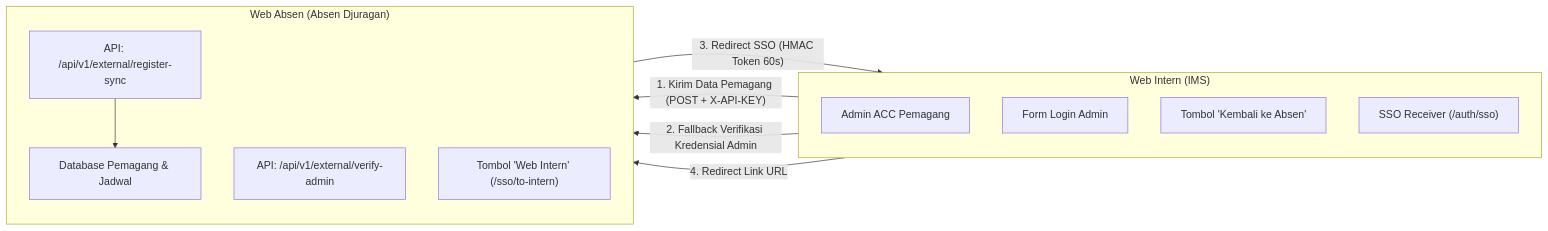
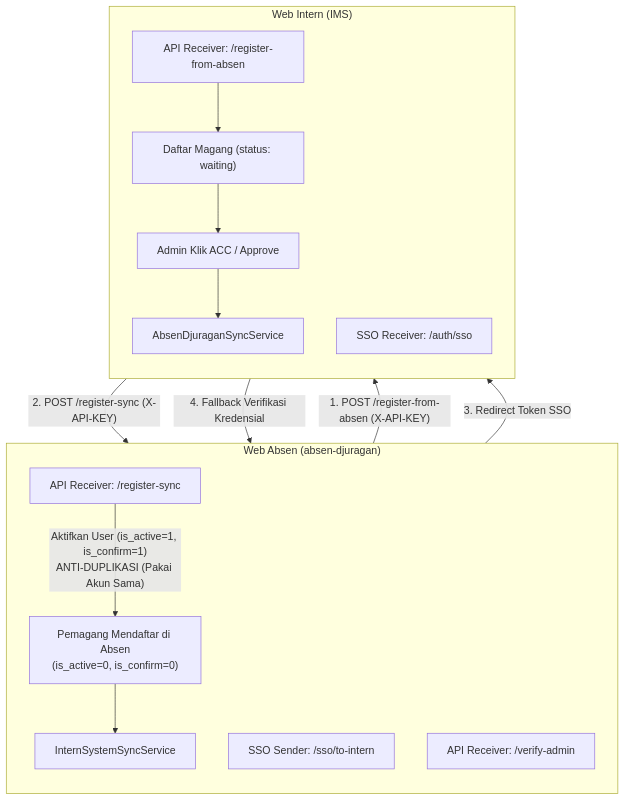
One commit to Nur-Magangjogja/Internship_Management_System_SevenInc-develop changed the diagram in API_DOCS_README.md. Above: the diagram before and after it, drawn with Mermaid. The commit also changed other lines of this file and 4 other files, not shown here.

Commit message:
Update API Cross Internhub x Absen

````diff
--- a/API_DOCS_README.md
+++ b/API_DOCS_README.md
@@ -31,24 +33,35 @@
 ```mermaid
-flowchart LR
+flowchart TD
+    subgraph Web_Absen["Web Absen (absen-djuragan)"]
+        direction TB
+        A1["Pemagang Mendaftar di Absen<br/>(is_active=0, is_confirm=0)"]
+        A2["InternSystemSyncService"]
+        A3["API Receiver: /register-sync"]
+        A4["SSO Sender: /sso/to-intern"]
+        A5["API Receiver: /verify-admin"]
+    end
+
     subgraph Web_Intern["Web Intern (IMS)"]
         direction TB
-        A1["Admin ACC Pemagang"]
-        A2["Form Login Admin"]
-        A3["Tombol 'Kembali ke Absen'"]
-        A4["SSO Receiver (/auth/sso)"]
+        I1["API Receiver: /register-from-absen"]
+        I2["Daftar Magang (status: waiting)"]
+        I3["Admin Klik ACC / Approve"]
+        I4["AbsenDjuraganSyncService"]
+        I5["SSO Receiver: /auth/sso"]
     end
 
-    subgraph Web_Absen["Web Absen (Absen Djuragan)"]
-        direction TB
-        B1["API: /api/v1/external/register-sync"]
-        B2["API: /api/v1/external/verify-admin"]
-        B3["Tombol 'Web Intern' (/sso/to-intern)"]
-        B4["Database Pemagang & Jadwal"]
-    end
+    %% Flow 1: Pendaftaran dari Absen ke Intern
+    A1 --> A2
+    A2 -- "1. POST /register-from-absen (X-API-KEY)" --> I1
+    I1 --> I2
 
-    A1 -- "1. Kirim Data Pemagang (POST + X-API-KEY)" --> B1
-    B1 --> B4
-    A2 -- "2. Fallback Verifikasi Kredensial Admin" --> B2
-    B3 -- "3. Redirect SSO (HMAC Token 60s)" --> A4
-    A3 -- "4. Redirect Link URL" --> Web_Absen
+    %% Flow 2: Admin ACC di Intern ke Absen
+    I2 --> I3
+    I3 --> I4
+    I4 -- "2. POST /register-sync (X-API-KEY)" --> A3
+    A3 -- "Aktifkan User (is_active=1, is_confirm=1)<br/>ANTI-DUPLIKASI (Pakai Akun Sama)" --> A1
+
+    %% Flow 3: SSO & Remote Login
+    A4 -- "3. Redirect Token SSO" --> I5
+    I5 -- "4. Fallback Verifikasi Kredensial" --> A5
 ```
````
